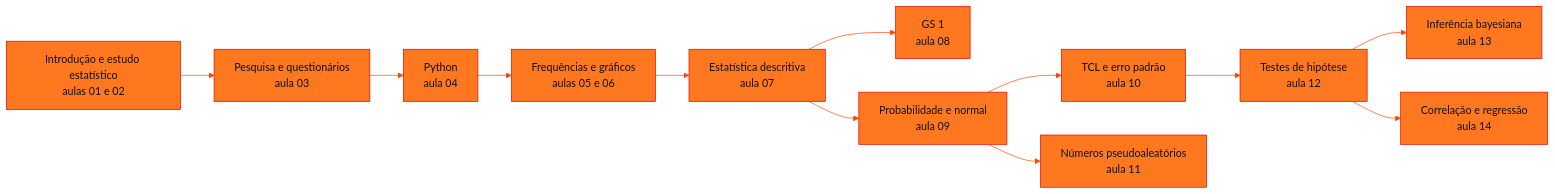
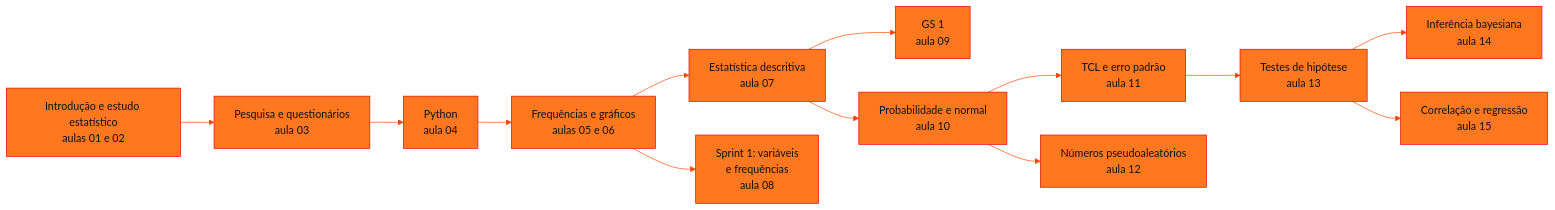
One commit to RenanMano/cs-fiap-academic changed the diagram in modelagem-linear-para-aprendizado-de-maquina/README.md. Above: the diagram before and after it, drawn with Mermaid. The commit also changed other lines of this file and 120 other files, not shown here.

````diff
--- a/modelagem-linear-para-aprendizado-de-maquina/README.md
+++ b/modelagem-linear-para-aprendizado-de-maquina/README.md
@@ -130,15 +135,16 @@
 ```mermaid
 %%{init: {'theme': 'base', 'themeVariables': {'primaryColor': '#FF781F', 'primaryTextColor': '#0D1117', 'primaryBorderColor': '#E60000', 'lineColor': '#FF4500', 'secondaryColor': '#FFD8B8', 'tertiaryColor': '#FFF1E6', 'edgeLabelBackground': '#FFF1E6', 'fontFamily': 'Fira Code, monospace'}}}%%
 flowchart LR
     A["Introdução e estudo estatístico<br/>aulas 01 e 02"] --> B["Pesquisa e questionários<br/>aula 03"]
     B --> C["Python<br/>aula 04"]
     C --> D["Frequências e gráficos<br/>aulas 05 e 06"]
     D --> E["Estatística descritiva<br/>aula 07"]
-    E --> F["GS 1<br/>aula 08"]
-    E --> G["Probabilidade e normal<br/>aula 09"]
-    G --> H["TCL e erro padrão<br/>aula 10"]
-    G --> I["Números pseudoaleatórios<br/>aula 11"]
-    H --> J["Testes de hipótese<br/>aula 12"]
-    J --> K["Inferência bayesiana<br/>aula 13"]
-    J --> L["Correlação e regressão<br/>aula 14"]
+    D --> S["Sprint 1: variáveis<br/>e frequências<br/>aula 08"]
+    E --> F["GS 1<br/>aula 09"]
+    E --> G["Probabilidade e normal<br/>aula 10"]
+    G --> H["TCL e erro padrão<br/>aula 11"]
+    G --> I["Números pseudoaleatórios<br/>aula 12"]
+    H --> J["Testes de hipótese<br/>aula 13"]
+    J --> K["Inferência bayesiana<br/>aula 14"]
+    J --> L["Correlação e regressão<br/>aula 15"]
 ```
````
